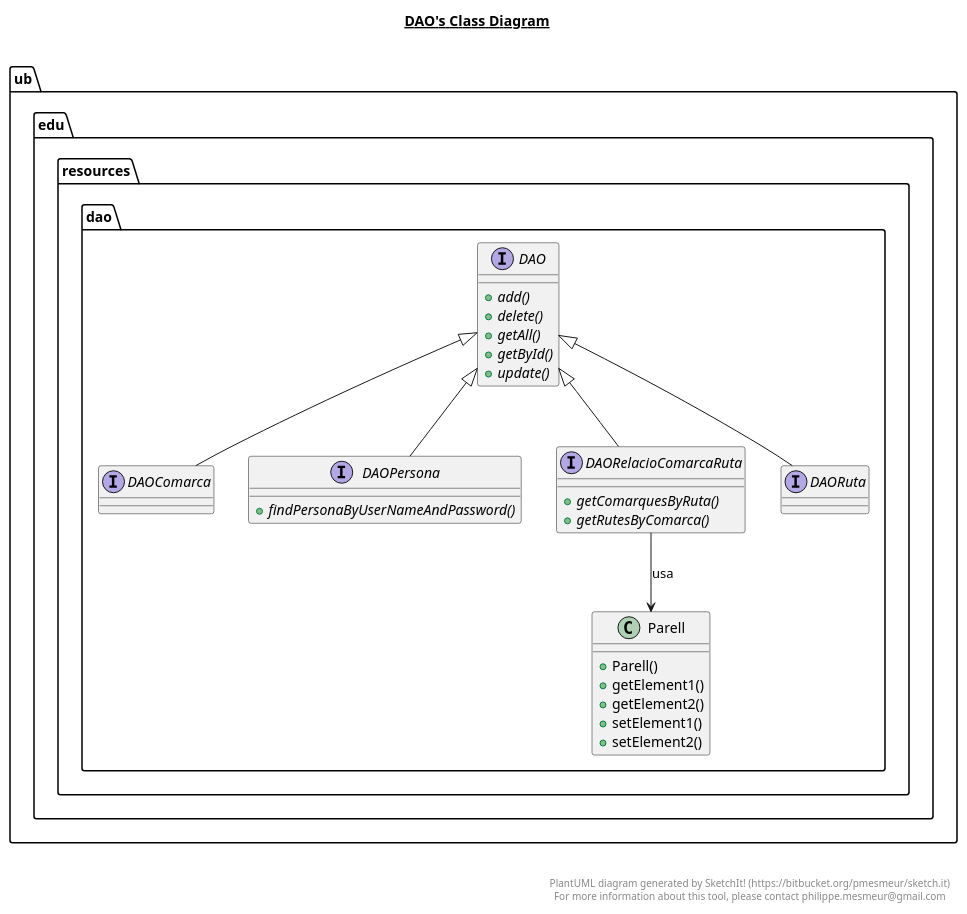
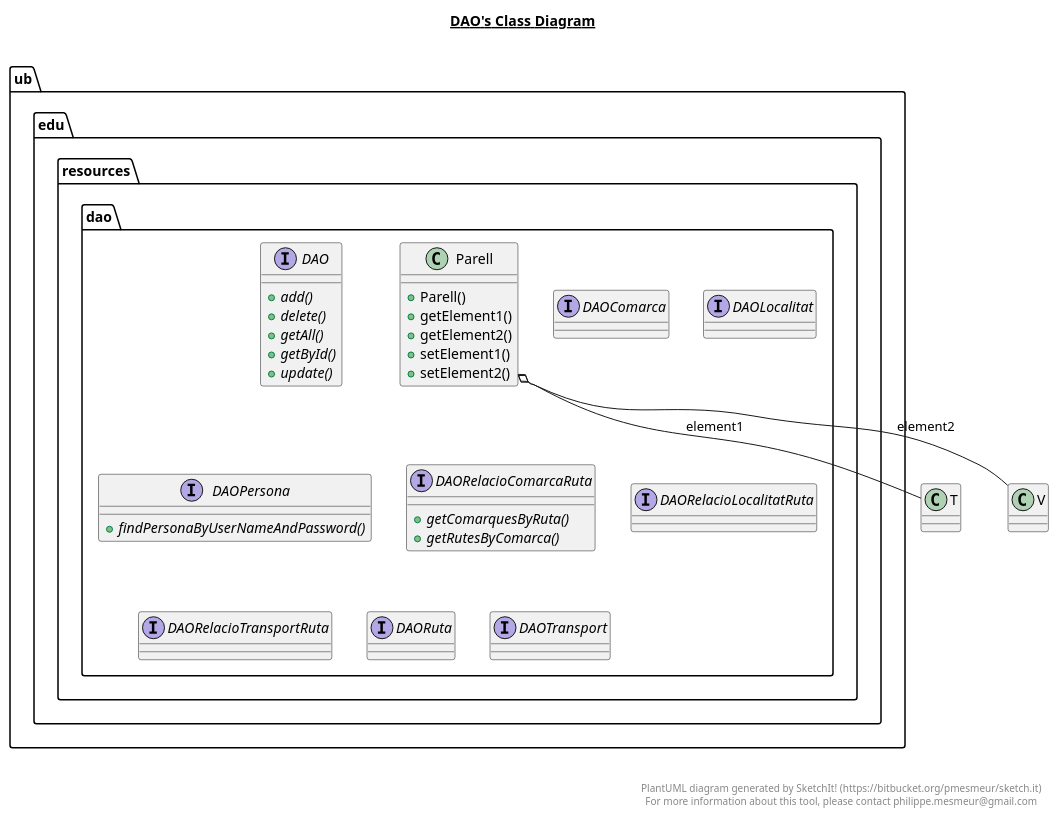
The diagram in src/ub/edu/resources/dao/dao.plantuml (Samot2003/p3-tripu-dao-a12_reava), drawn with PlantUML before and after one commit. The commit also changed 30 other files, not shown here.

```diff
--- a/src/ub/edu/resources/dao/dao.plantuml
+++ b/src/ub/edu/resources/dao/dao.plantuml
@@ -1,66 +1,89 @@
 @startuml
 
 title __DAO's Class Diagram__\n
 
   namespace ub.edu.resources.dao {
     interface ub.edu.resources.dao.DAO {
         {abstract} + add()
         {abstract} + delete()
         {abstract} + getAll()
         {abstract} + getById()
         {abstract} + update()
     }
   }
   
 
   namespace ub.edu.resources.dao {
     interface ub.edu.resources.dao.DAOComarca {
     }
   }
   
 
   namespace ub.edu.resources.dao {
+    interface ub.edu.resources.dao.DAOLocalitat {
+    }
+  }
+  
+
+  namespace ub.edu.resources.dao {
     interface ub.edu.resources.dao.DAOPersona {
         {abstract} + findPersonaByUserNameAndPassword()
     }
   }
   
 
   namespace ub.edu.resources.dao {
     interface ub.edu.resources.dao.DAORelacioComarcaRuta {
         {abstract} + getComarquesByRuta()
         {abstract} + getRutesByComarca()
     }
   }
   
 
   namespace ub.edu.resources.dao {
+    interface ub.edu.resources.dao.DAORelacioLocalitatRuta {
+    }
+  }
+  
+
+  namespace ub.edu.resources.dao {
+    interface ub.edu.resources.dao.DAORelacioTransportRuta {
+    }
+  }
+  
+
+  namespace ub.edu.resources.dao {
     interface ub.edu.resources.dao.DAORuta {
+    }
+  }
+  
+
+  namespace ub.edu.resources.dao {
+    interface ub.edu.resources.dao.DAOTransport {
     }
   }
   
 
   namespace ub.edu.resources.dao {
     class ub.edu.resources.dao.Parell {
         + Parell()
         + getElement1()
         + getElement2()
         + setElement1()
         + setElement2()
     }
   }
   
-ub.edu.resources.dao.DAO <|-- ub.edu.resources.dao.DAORuta
-ub.edu.resources.dao.DAO <|-- ub.edu.resources.dao.DAOComarca
-ub.edu.resources.dao.DAO <|-- ub.edu.resources.dao.DAORelacioComarcaRuta
-ub.edu.resources.dao.DAO <|-- ub.edu.resources.dao.DAOPersona
-ub.edu.resources.dao.DAORelacioComarcaRuta --> ub.edu.resources.dao.Parell: usa
+
+  ub.edu.resources.dao.Parell o-- T : element1
+  ub.edu.resources.dao.Parell o-- V : element2
+
 
 right footer
 
 
 PlantUML diagram generated by SketchIt! (https://bitbucket.org/pmesmeur/sketch.it)
 For more information about this tool, please contact philippe.mesmeur@gmail.com
 endfooter
 
 @enduml
```
